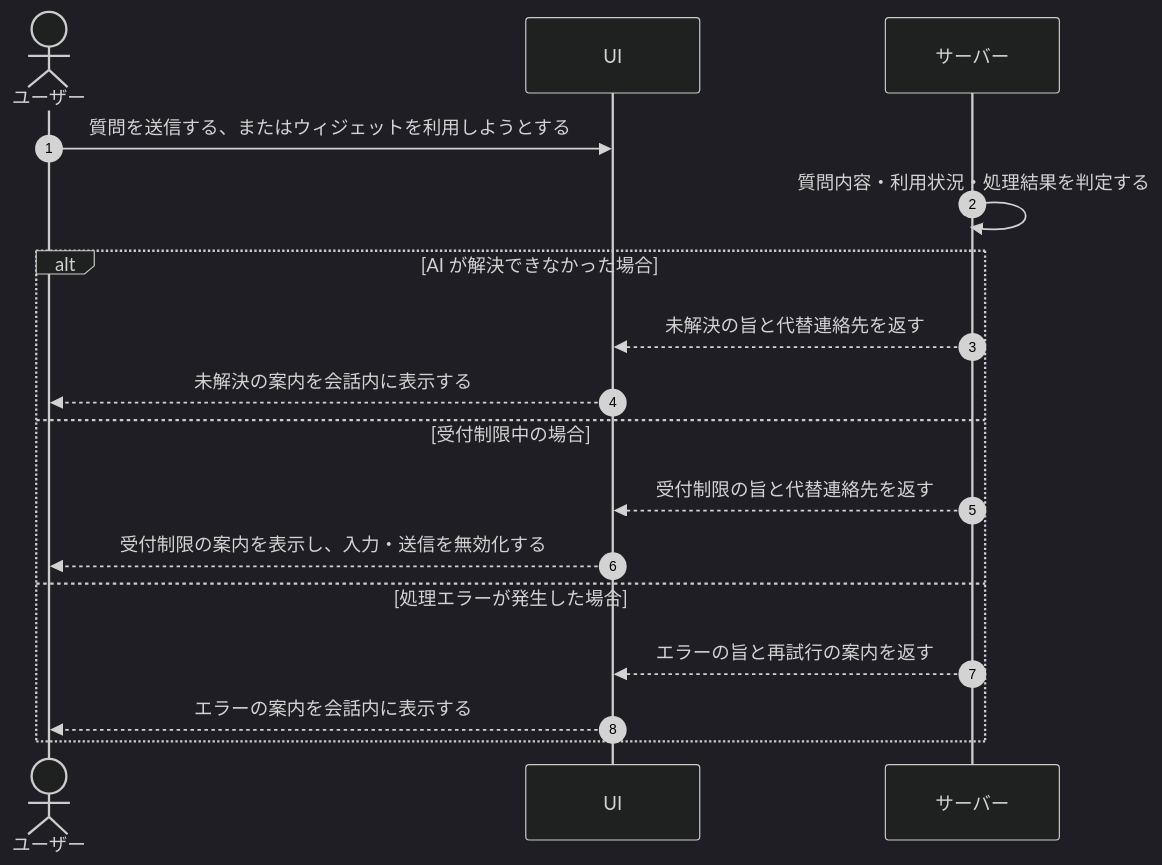
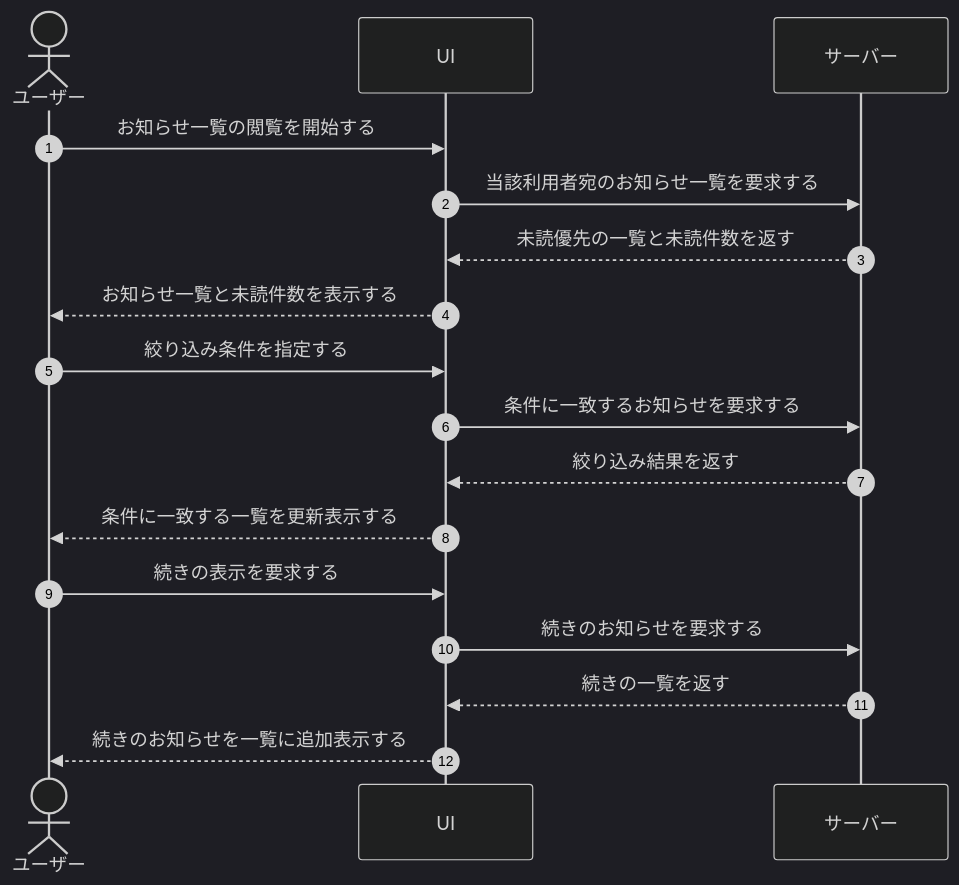
The diagram in 01_requirements/04_business_usecases/UC-043.md (sikakou54/open-faq), drawn with Mermaid (dark theme) before and after one commit. The commit also changed other lines of this file and 395 other files, not shown here.

````diff
--- a/01_requirements/04_business_usecases/UC-043.md
+++ b/01_requirements/04_business_usecases/UC-043.md
@@ -26,19 +26,19 @@
 ```mermaid
 sequenceDiagram
   autonumber
   actor U as ユーザー
   participant UI as UI
   participant S as サーバー
-  U->>UI: 質問を送信する、またはウィジェットを利用しようとする
-  S->>S: 質問内容・利用状況・処理結果を判定する
-  alt AI が解決できなかった場合
-    S-->>UI: 未解決の旨と代替連絡先を返す
-    UI-->>U: 未解決の案内を会話内に表示する
-  else 受付制限中の場合
-    S-->>UI: 受付制限の旨と代替連絡先を返す
-    UI-->>U: 受付制限の案内を表示し、入力・送信を無効化する
-  else 処理エラーが発生した場合
-    S-->>UI: エラーの旨と再試行の案内を返す
-    UI-->>U: エラーの案内を会話内に表示する
-  end
+  U->>UI: お知らせ一覧の閲覧を開始する
+  UI->>S: 当該利用者宛のお知らせ一覧を要求する
+  S-->>UI: 未読優先の一覧と未読件数を返す
+  UI-->>U: お知らせ一覧と未読件数を表示する
+  U->>UI: 絞り込み条件を指定する
+  UI->>S: 条件に一致するお知らせを要求する
+  S-->>UI: 絞り込み結果を返す
+  UI-->>U: 条件に一致する一覧を更新表示する
+  U->>UI: 続きの表示を要求する
+  UI->>S: 続きのお知らせを要求する
+  S-->>UI: 続きの一覧を返す
+  UI-->>U: 続きのお知らせを一覧に追加表示する
 ```
````
